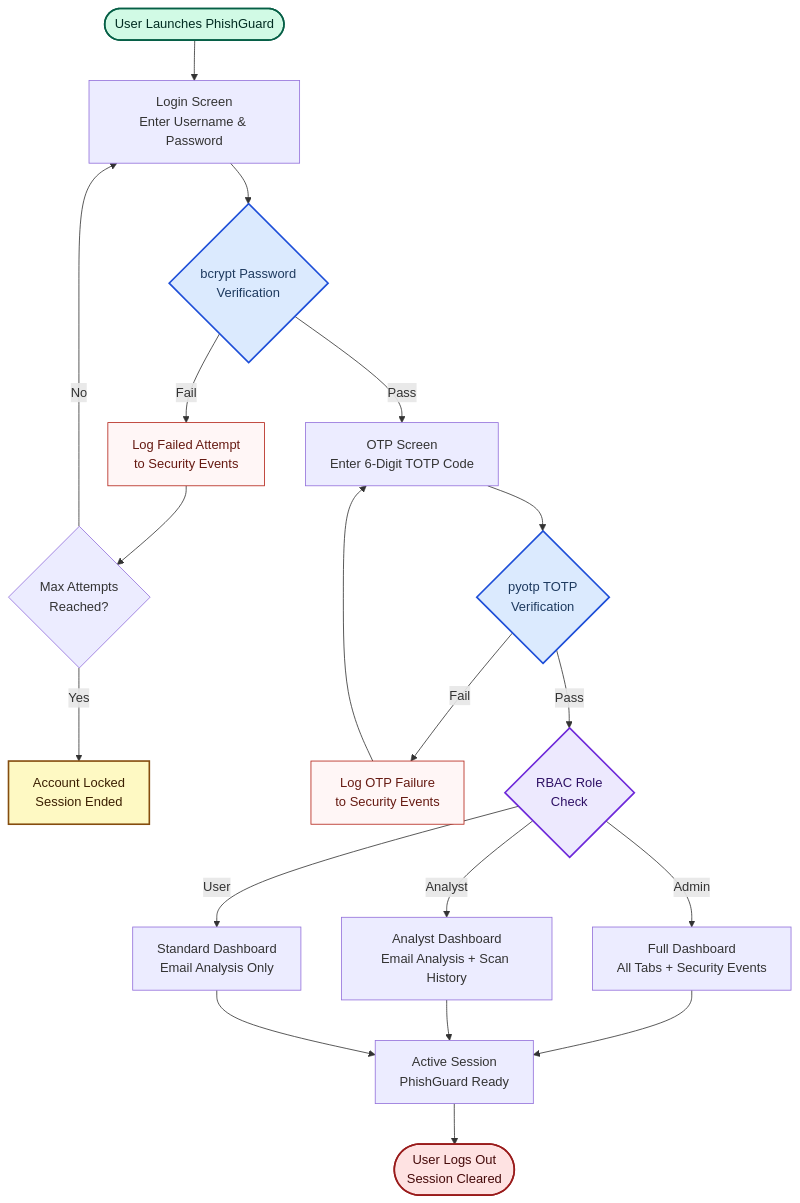
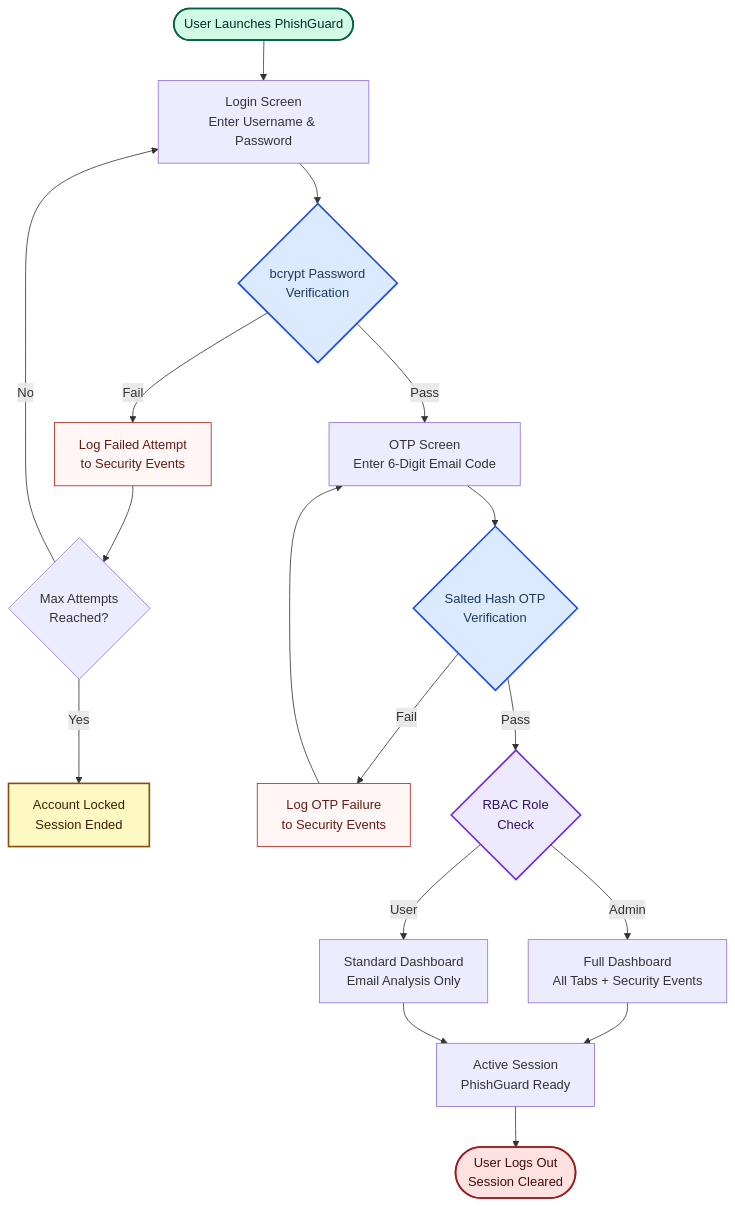
The fourth of 6 diagrams in reports/Architecture_Diagram.md (marmikkarki20-droid/Email-phishing-Detection-system), drawn with Mermaid before and after one commit. The commit also changed other lines of this file and 16 other files, not shown here.

Commit message:
Clean up PhishGuard project artifacts

````diff
--- a/reports/Architecture_Diagram.md
+++ b/reports/Architecture_Diagram.md
@@ -142,28 +209,27 @@
 ```mermaid
 flowchart TD
     START([User Launches PhishGuard]) --> LP[Login Screen\nEnter Username & Password]
     LP --> PV{bcrypt Password\nVerification}
     PV -- Fail --> LOG1[Log Failed Attempt\nto Security Events]
     LOG1 --> LOCK{Max Attempts\nReached?}
     LOCK -- Yes --> BLK[Account Locked\nSession Ended]
     LOCK -- No --> LP
-    PV -- Pass --> OTP[OTP Screen\nEnter 6-Digit TOTP Code]
-    OTP --> OV{pyotp TOTP\nVerification}
+    PV -- Pass --> OTP[OTP Screen\nEnter 6-Digit Email Code]
+    OTP --> OV{Salted Hash OTP\nVerification}
     OV -- Fail --> LOG2[Log OTP Failure\nto Security Events]
     LOG2 --> OTP
     OV -- Pass --> RBAC{RBAC Role\nCheck}
     RBAC -- Admin --> ADMIN[Full Dashboard\nAll Tabs + Security Events]
-    RBAC -- Analyst --> ANALYST[Analyst Dashboard\nEmail Analysis + Scan History]
     RBAC -- User --> USER[Standard Dashboard\nEmail Analysis Only]
-    ADMIN & ANALYST & USER --> SESS[Active Session\nPhishGuard Ready]
+    ADMIN & USER --> SESS[Active Session\nPhishGuard Ready]
     SESS --> LOGOUT([User Logs Out\nSession Cleared])
 
     style START fill:#d1fae5,stroke:#065f46,color:#022c22,stroke-width:2px
     style LOGOUT fill:#fee2e2,stroke:#991b1b,color:#450a0a,stroke-width:2px
     style PV fill:#dbeafe,stroke:#1d4ed8,color:#1e3a5f,stroke-width:2px
     style OV fill:#dbeafe,stroke:#1d4ed8,color:#1e3a5f,stroke-width:2px
     style RBAC fill:#ede9fe,stroke:#6d28d9,color:#2e1065,stroke-width:2px
     style BLK fill:#fef9c3,stroke:#854d0e,color:#3b1f02,stroke-width:2px
     style LOG1 fill:#fff6f6,stroke:#b42318,color:#661a12,stroke-width:1px
     style LOG2 fill:#fff6f6,stroke:#b42318,color:#661a12,stroke-width:1px
 ```
````
